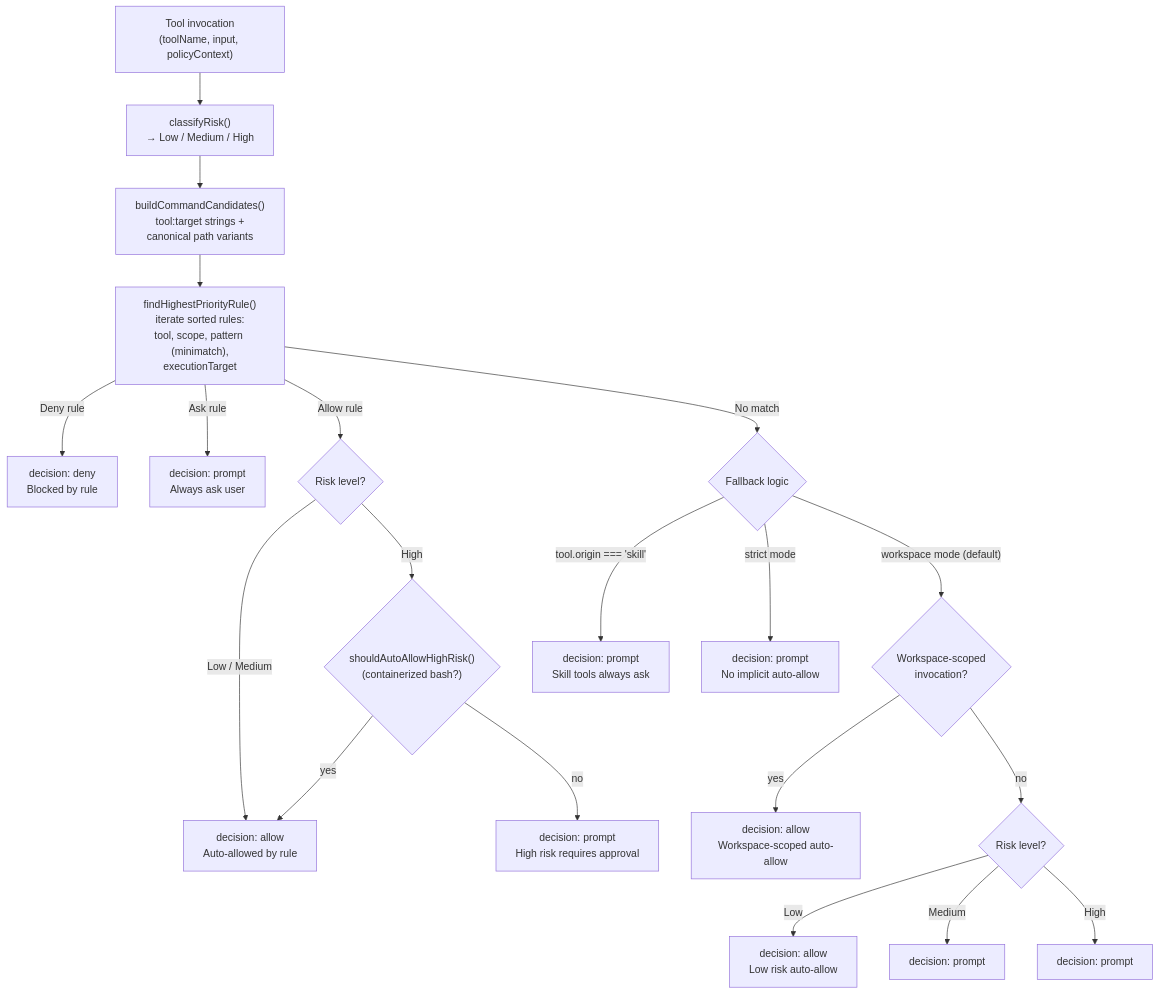
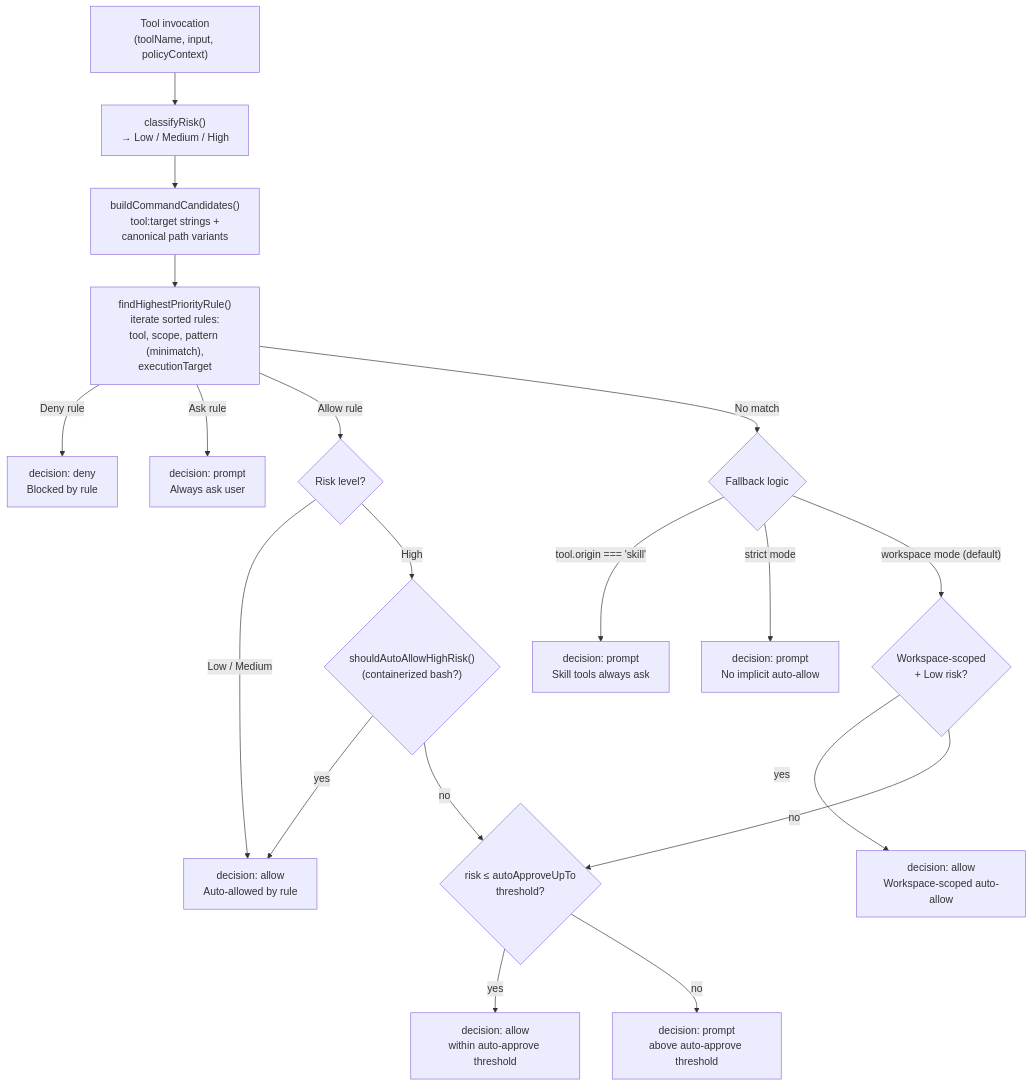
Before and after one commit to vellum-ai/vellum-assistant: the first of 4 diagrams in assistant/docs/architecture/security.md, drawn with Mermaid. The commit also changed other lines of this file and 3 other files, not shown here.

First line of the commit message:
fix: update checker.test.ts reason string assertions and stale architecture docs

````diff
--- a/assistant/docs/architecture/security.md
+++ b/assistant/docs/architecture/security.md
@@ -11,25 +11,26 @@
 ```mermaid
 graph TB
     TOOL_CALL["Tool invocation<br/>(toolName, input, policyContext)"] --> CLASSIFY["classifyRisk()<br/>→ Low / Medium / High"]
     CLASSIFY --> CANDIDATES["buildCommandCandidates()<br/>tool:target strings +<br/>canonical path variants"]
     CANDIDATES --> FIND_RULE["findHighestPriorityRule()<br/>iterate sorted rules:<br/>tool, scope, pattern (minimatch),<br/>executionTarget"]
 
     FIND_RULE -->|"Deny rule"| DENY["decision: deny<br/>Blocked by rule"]
     FIND_RULE -->|"Ask rule"| PROMPT_ASK["decision: prompt<br/>Always ask user"]
     FIND_RULE -->|"Allow rule"| RISK_CHECK{"Risk level?"}
     FIND_RULE -->|"No match"| NO_MATCH{"Fallback logic"}
 
     RISK_CHECK -->|"Low / Medium"| AUTO_ALLOW["decision: allow<br/>Auto-allowed by rule"]
     RISK_CHECK -->|"High"| HIGH_CHECK{"shouldAutoAllowHighRisk()<br/>(containerized bash?)"}
     HIGH_CHECK -->|"yes"| AUTO_ALLOW
-    HIGH_CHECK -->|"no"| PROMPT_HIGH["decision: prompt<br/>High risk requires approval"]
+    HIGH_CHECK -->|"no"| RISK_THRESHOLD{"Risk-based<br/>threshold fallback"}
 
     NO_MATCH -->|"tool.origin === 'skill'"| PROMPT_SKILL["decision: prompt<br/>Skill tools always ask"]
     NO_MATCH -->|"strict mode"| PROMPT_STRICT["decision: prompt<br/>No implicit auto-allow"]
-    NO_MATCH -->|"workspace mode (default)"| WS_CHECK{"Workspace-scoped<br/>invocation?"}
+    NO_MATCH -->|"workspace mode (default)"| WS_CHECK{"Workspace-scoped<br/>+ Low risk?"}
     WS_CHECK -->|"yes"| AUTO_WS["decision: allow<br/>Workspace-scoped auto-allow"]
-    WS_CHECK -->|"no"| RISK_FALLBACK_WS{"Risk level?"}
-    RISK_FALLBACK_WS -->|"Low"| AUTO_WS_LOW["decision: allow<br/>Low risk auto-allow"]
-    RISK_FALLBACK_WS -->|"Medium"| PROMPT_WS_MED["decision: prompt"]
-    RISK_FALLBACK_WS -->|"High"| PROMPT_WS_HIGH["decision: prompt"]
+    WS_CHECK -->|"no"| RISK_THRESHOLD
+
+    RISK_THRESHOLD{"risk ≤ autoApproveUpTo<br/>threshold?"}
+    RISK_THRESHOLD -->|"yes"| AUTO_THRESHOLD["decision: allow<br/>within auto-approve threshold"]
+    RISK_THRESHOLD -->|"no"| PROMPT_THRESHOLD["decision: prompt<br/>above auto-approve threshold"]
 ```
````
